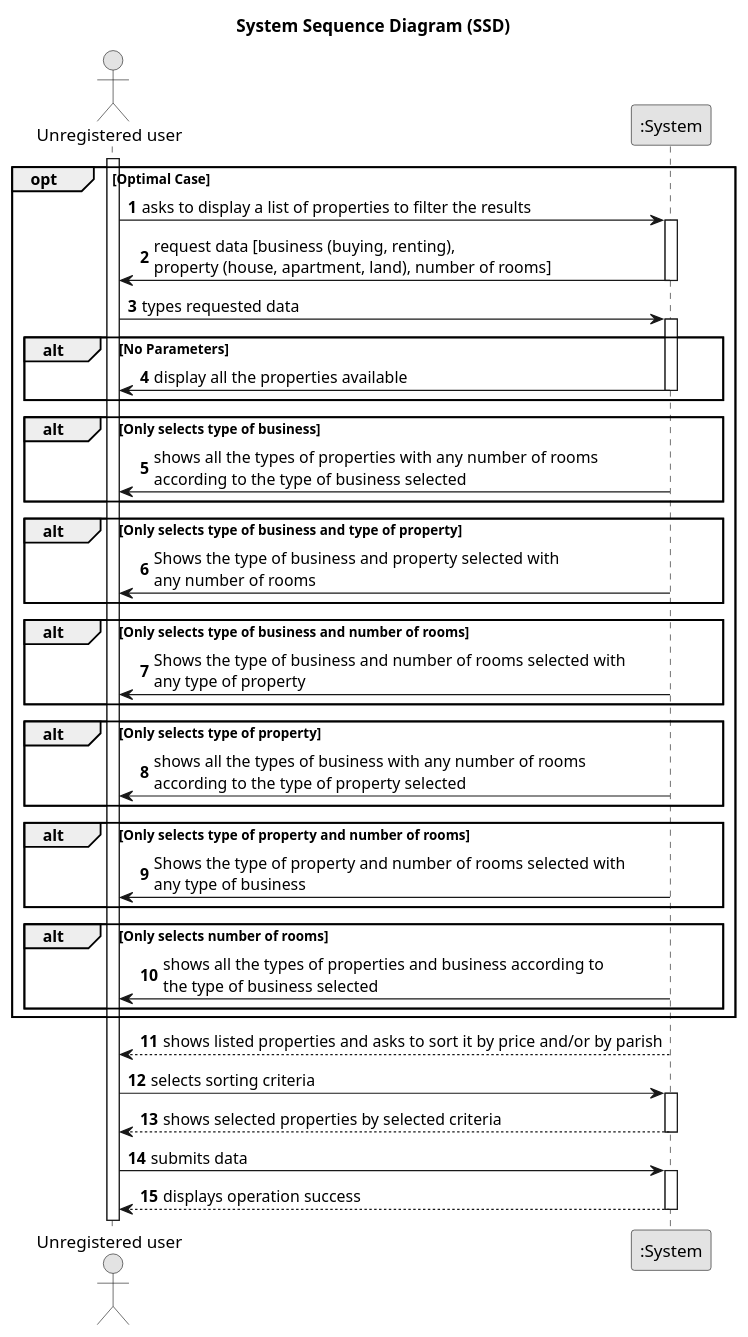
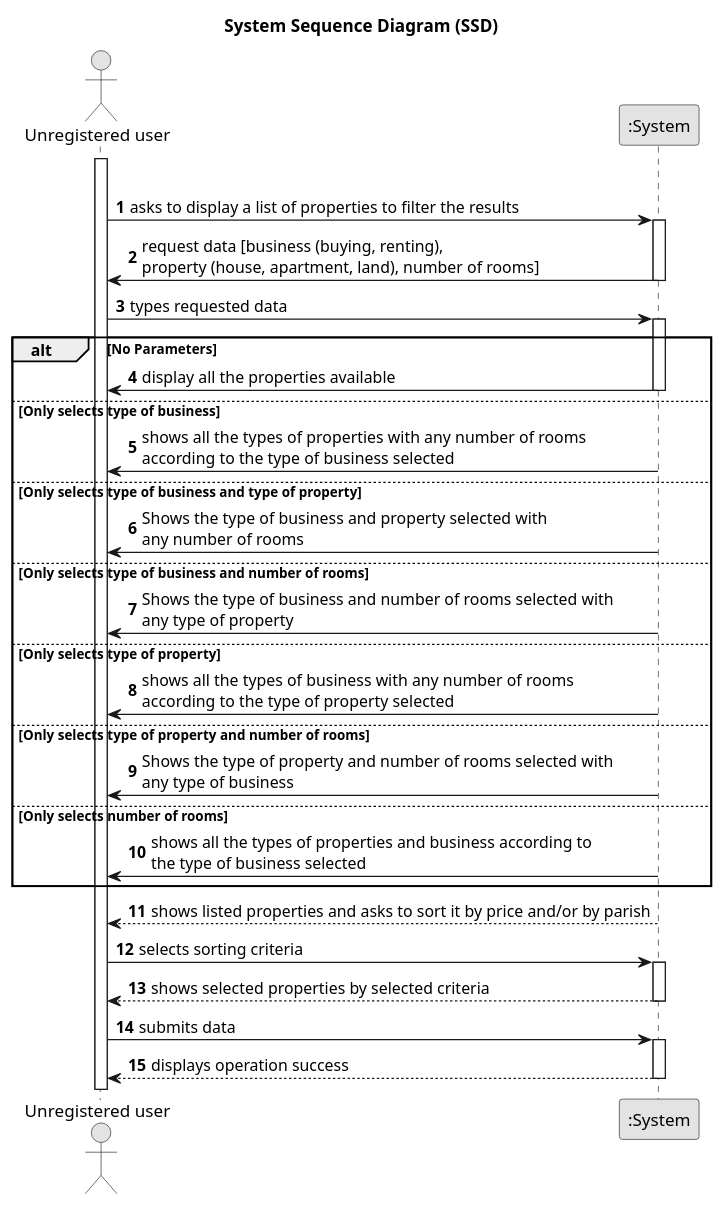
One commit to PureNimble/ISEP-LAPR2 changed the diagram in docs/sprintA/US01/01.requirements-engineering/puml/us01-system-sequence-diagram.puml. Above: the diagram before and after it, drawn with PlantUML. The commit also changed 2 other files, not shown here.

```diff
--- a/docs/sprintA/US01/01.requirements-engineering/puml/us01-system-sequence-diagram.puml
+++ b/docs/sprintA/US01/01.requirements-engineering/puml/us01-system-sequence-diagram.puml
@@ -1,92 +1,92 @@
 @startuml
 skinparam monochrome true
 skinparam packageStyle rectangle
 skinparam shadowing false
 
 title System Sequence Diagram (SSD)
 
 autonumber
 
 actor "Unregistered user" as User
 participant ":System" as System
 
 opt Optimal Case
 
 activate User
 
     User -> System : asks to display a list of properties to filter the results
     activate System
 
     System -> User : request data [business (buying, renting), \nproperty (house, apartment, land), number of rooms]
     deactivate System
 
     User -> System : types requested data
     activate System
 
         alt   No Parameters
 
             System -> User : display all the properties available
             deactivate System
 
-        end
 
-        alt  Only selects type of business
+
+        else  Only selects type of business
 
             System -> User : shows all the types of properties with any number of rooms \naccording to the type of business selected
             deactivate System
 
-        end
 
-        alt  Only selects type of business and type of property
+
+        else  Only selects type of business and type of property
 
             System -> User : Shows the type of business and property selected with \nany number of rooms
             deactivate System
 
-        end
 
-        alt  Only selects type of business and number of rooms
+
+        else  Only selects type of business and number of rooms
 
             System -> User : Shows the type of business and number of rooms selected with \nany type of property
             deactivate System
 
-        end
 
-        alt  Only selects type of property
+
+        else  Only selects type of property
 
             System -> User : shows all the types of business with any number of rooms \naccording to the type of property selected
             deactivate System
 
-        end
 
-        alt  Only selects type of property and number of rooms
+
+        else  Only selects type of property and number of rooms
 
             System -> User : Shows the type of property and number of rooms selected with \nany type of business
             deactivate System
 
-        end
 
-        alt  Only selects number of rooms
+
+        else  Only selects number of rooms
 
             System -> User : shows all the types of properties and business according to \nthe type of business selected
             deactivate System
 
-        end
+
 
 end
 
     System --> User : shows listed properties and asks to sort it by price and/or by parish
     deactivate System
 
     User -> System : selects sorting criteria
     activate System
 
     System --> User : shows selected properties by selected criteria
     deactivate System
 
     User -> System : submits data
     activate System
 
     System --> User : displays operation success
     deactivate System
 
 @enduml
```
